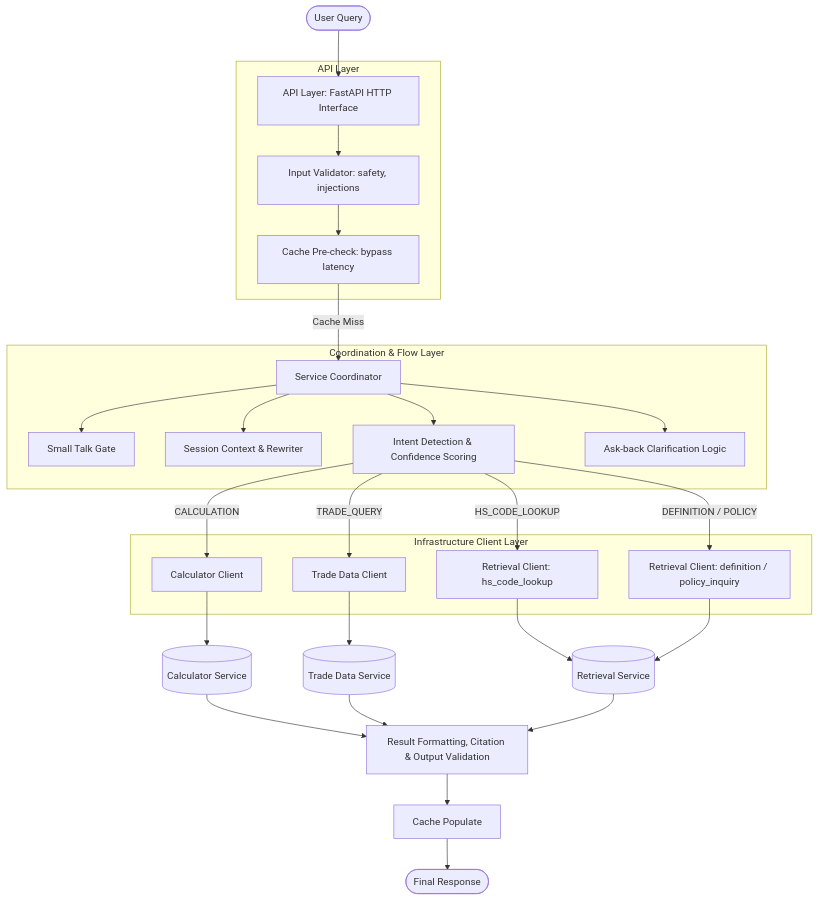
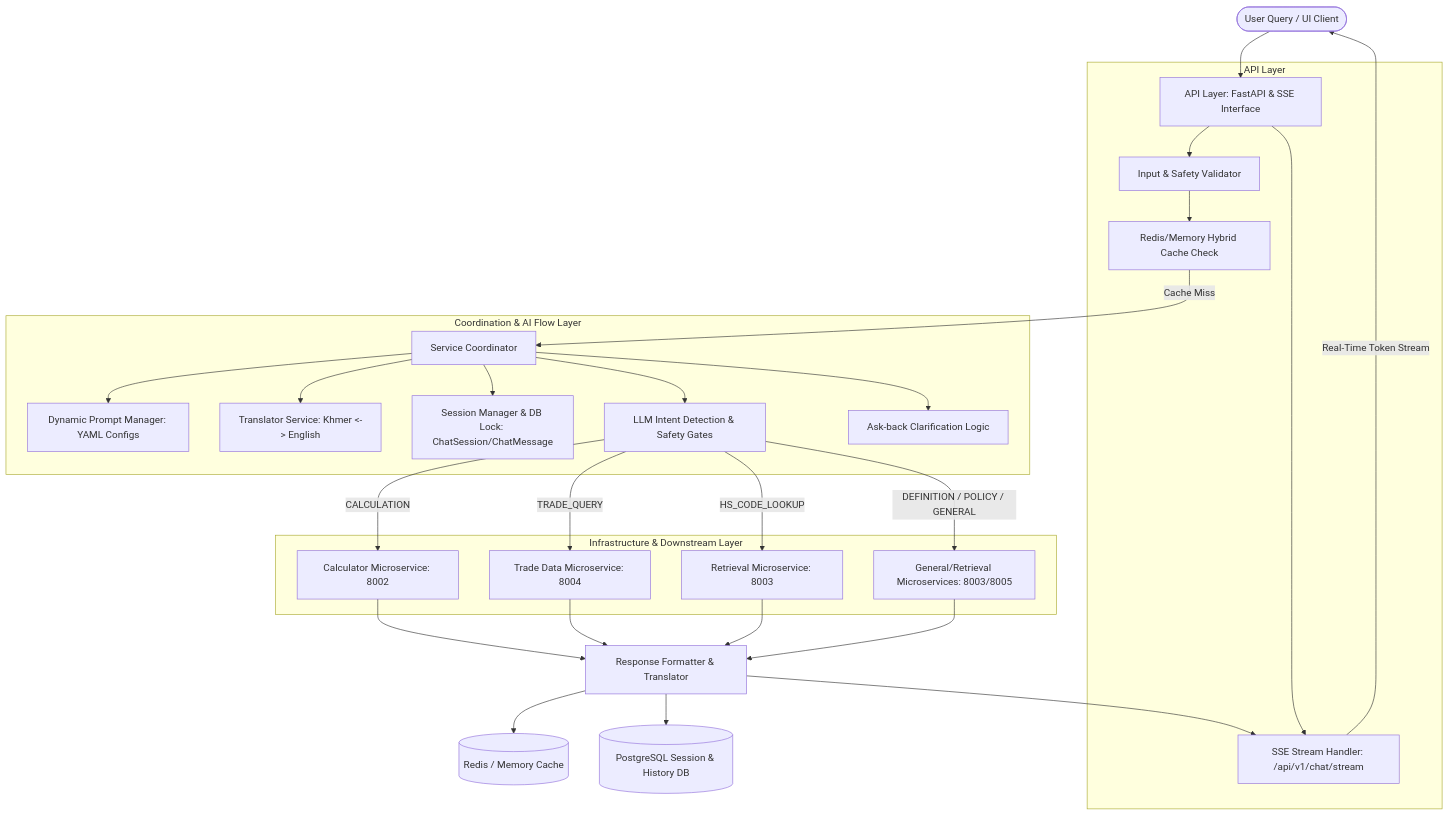
One commit to Vuth-Menghuor/chatbot_review changed the diagram in services_version2/orchestrator/docs/orchestrator_architecture.md. Above: the diagram before and after it, drawn with Mermaid. The commit also changed other lines of this file and 22 other files, not shown here.

````diff
--- a/services_version2/orchestrator/docs/orchestrator_architecture.md
+++ b/services_version2/orchestrator/docs/orchestrator_architecture.md
@@ -11,33 +11,32 @@
 ```mermaid
 graph TD
-    User([User Query]) --> API[API Layer: FastAPI HTTP Interface]
+    User([User Query / UI Client]) --> API[API Layer: FastAPI & SSE Interface]
     
     subgraph API Layer
-        API --> InputVal[Input Validator: safety, injections]
-        InputVal --> CachePre[Cache Pre-check: bypass latency]
+        API --> InputVal[Input & Safety Validator]
+        API --> SSE[SSE Stream Handler: /api/v1/chat/stream]
+        InputVal --> CachePre[Redis/Memory Hybrid Cache Check]
     end
     
-    subgraph Coordination & Flow Layer
+    subgraph Coordination & AI Flow Layer
         CachePre -- Cache Miss --> Coord[Service Coordinator]
-        Coord --> SmallTalk[Small Talk Gate]
-        Coord --> Context[Session Context & Rewriter]
-        Coord --> Intent[Intent Detection & Confidence Scoring]
+        Coord --> DynPrompts[Dynamic Prompt Manager: YAML Configs]
+        Coord --> Translator[Translator Service: Khmer <-> English]
+        Coord --> SessionStore[Session Manager & DB Lock: ChatSession/ChatMessage]
+        Coord --> Intent[LLM Intent Detection & Safety Gates]
         Coord --> AskBack[Ask-back Clarification Logic]
     end
     
-    subgraph Infrastructure Client Layer
-        Intent -- CALCULATION --> CalcClient[Calculator Client]
-        Intent -- TRADE_QUERY --> TradeClient[Trade Data Client]
-        Intent -- HS_CODE_LOOKUP --> RetrievalClient[Retrieval Client: hs_code_lookup]
-        Intent -- DEFINITION / POLICY --> RetrievalClient2[Retrieval Client: definition / policy_inquiry]
+    subgraph Infrastructure & Downstream Layer
+        Intent -- CALCULATION --> CalcClient[Calculator Microservice: 8002]
+        Intent -- TRADE_QUERY --> TradeClient[Trade Data Microservice: 8004]
+        Intent -- HS_CODE_LOOKUP --> RetrievalClient[Retrieval Microservice: 8003]
+        Intent -- DEFINITION / POLICY / GENERAL --> GeneralClient[General/Retrieval Microservices: 8003/8005]
     end
     
-    CalcClient --> Down1[(Calculator Service)]
-    TradeClient --> Down2[(Trade Data Service)]
-    RetrievalClient --> Down3[(Retrieval Service)]
-    RetrievalClient2 --> Down3
-    
-    Down1 & Down2 & Down3 --> Finalize[Result Formatting, Citation & Output Validation]
-    Finalize --> CachePop[Cache Populate]
-    CachePop --> Response([Final Response])
+    CalcClient & TradeClient & RetrievalClient & GeneralClient --> Formatter[Response Formatter & Translator]
+    Formatter --> SSE
+    Formatter --> RedisCache[(Redis / Memory Cache)]
+    Formatter --> DBStore[(PostgreSQL Session & History DB)]
+    SSE -- Real-Time Token Stream --> User
 ```
````
